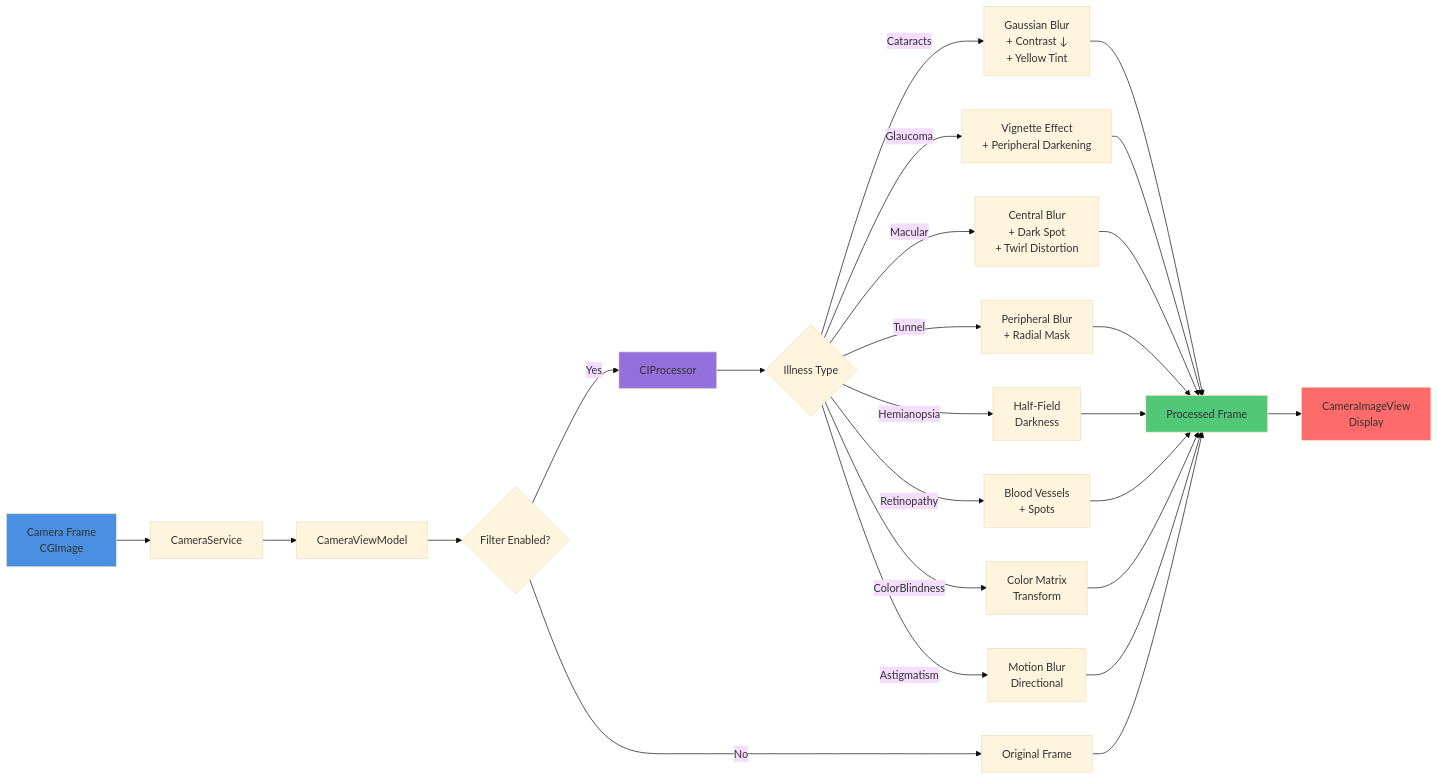
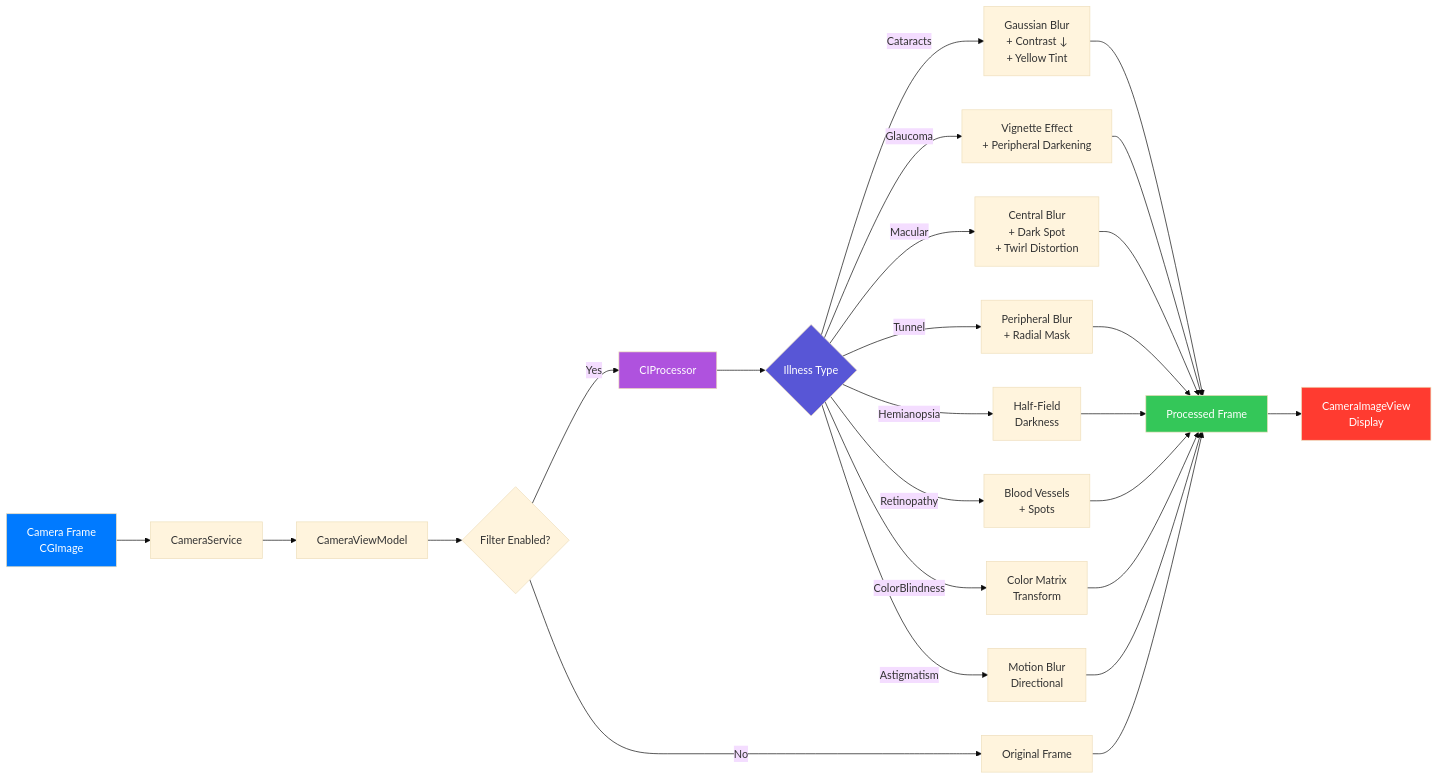
The fourth of 7 diagrams in README.md (robertteleng/vision-experience-ios), drawn with Mermaid (base theme) before and after one commit. The commit also changed other lines of this file and 16 other files, not shown here.

````diff
--- a/README.md
+++ b/README.md
@@ -303,37 +305,38 @@
 ```mermaid
 flowchart LR
     A[Camera Frame<br/>CGImage] --> B[CameraService]
     B --> C[CameraViewModel]
     C --> D{Filter Enabled?}
-    
+
     D -->|Yes| E[CIProcessor]
     D -->|No| F[Original Frame]
-    
+
     E --> G{Illness Type}
-    
+
     G -->|Cataracts| H1[Gaussian Blur<br/>+ Contrast ↓<br/>+ Yellow Tint]
     G -->|Glaucoma| H2[Vignette Effect<br/>+ Peripheral Darkening]
     G -->|Macular| H3[Central Blur<br/>+ Dark Spot<br/>+ Twirl Distortion]
     G -->|Tunnel| H4[Peripheral Blur<br/>+ Radial Mask]
     G -->|Hemianopsia| H5[Half-Field<br/>Darkness]
     G -->|Retinopathy| H6[Blood Vessels<br/>+ Spots]
     G -->|ColorBlindness| H7[Color Matrix<br/>Transform]
     G -->|Astigmatism| H8[Motion Blur<br/>Directional]
-    
+
     H1 --> I[Processed Frame]
     H2 --> I
     H3 --> I
     H4 --> I
     H5 --> I
     H6 --> I
     H7 --> I
     H8 --> I
     F --> I
-    
+
     I --> J[CameraImageView<br/>Display]
-    
-    style A fill:#4A90E2
-    style E fill:#9370DB
-    style I fill:#50C878
-    style J fill:#FF6B6B
+
+    style A fill:#007AFF,color:white
+    style E fill:#AF52DE,color:white
+    style I fill:#34C759,color:white
+    style J fill:#FF3B30,color:white
+    style G fill:#5856D6,color:white
 ```
````
